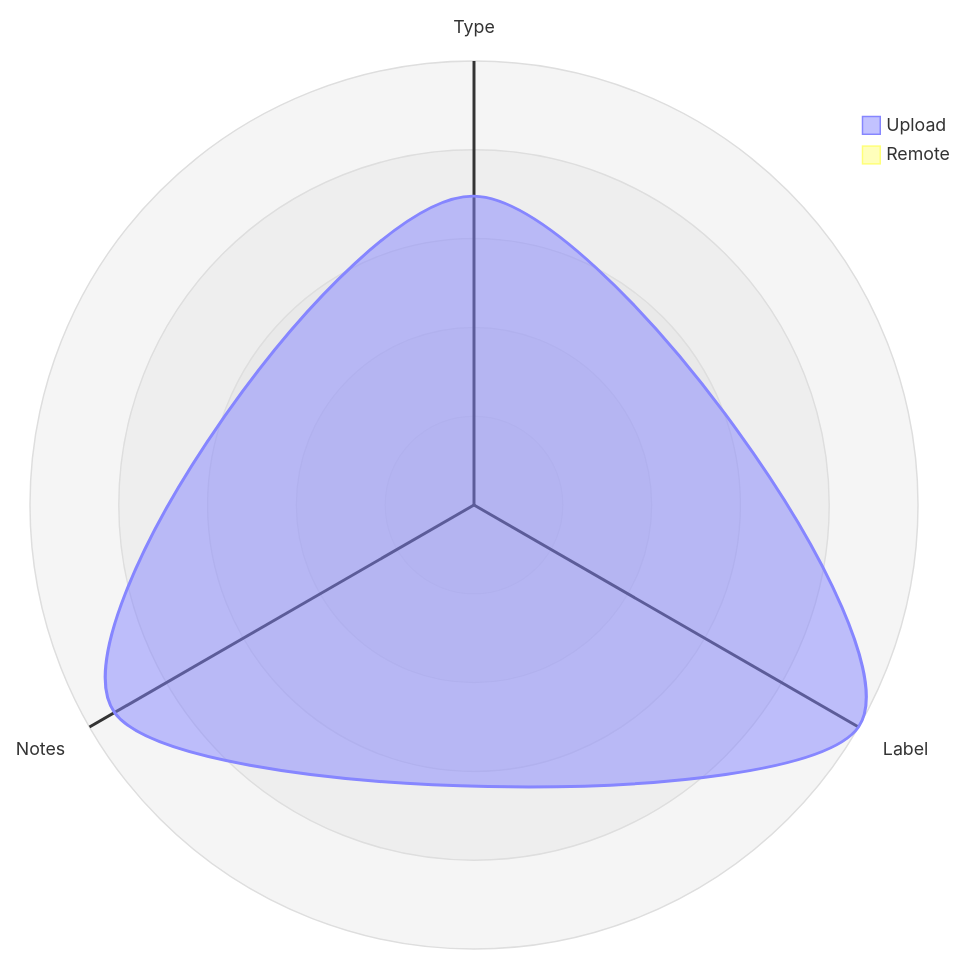
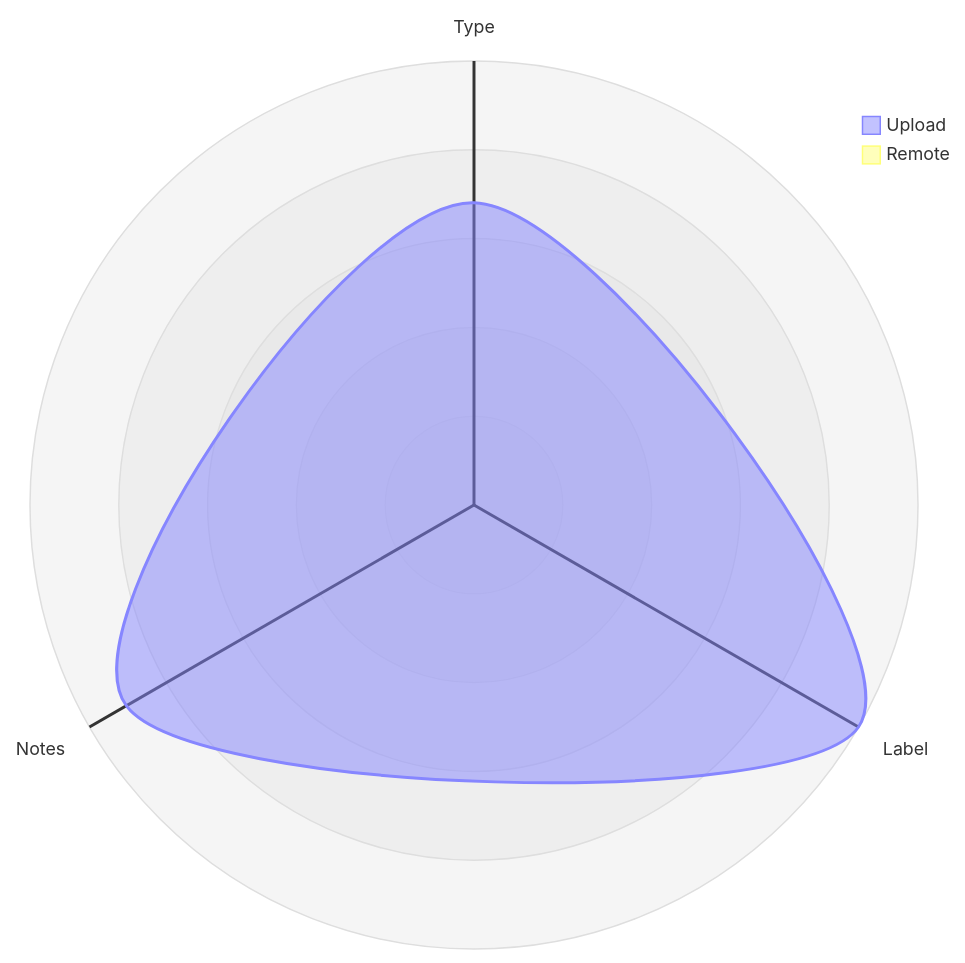
The third of 5 diagrams in datastore_tracker/README.md (open-data/analytics-corporate-reporting), drawn with Mermaid before and after one commit. The commit also changed other lines of this file and 11 other files, not shown here.

````diff
--- a/datastore_tracker/README.md
+++ b/datastore_tracker/README.md
@@ -106,12 +107,12 @@
 ```mermaid
 radar-beta
   axis T["Type"], L["Label"], N["Notes"]
-  curve u["Upload"]{0.00064, 0.00092, 0.00086}
+  curve u["Upload"]{0.00064, 0.00094, 0.00085}
   curve r["Remote"]{0, 0, 0}
 
   showLegend true
 
   min 0
   graticule circle
   ticks 5
 ```
````
